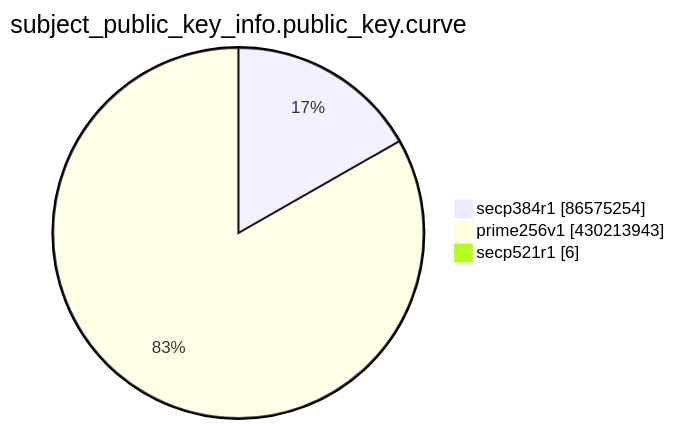
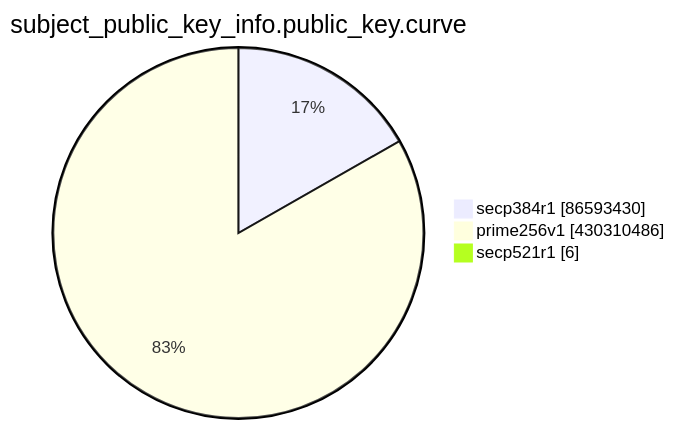
Before and after one commit to christiankrug/ctmonitor_visualization: the eighth of 15 diagrams in TOTAL/README.md, drawn with Mermaid. The commit also changed other lines of this file, not shown here.

````diff
--- a/TOTAL/README.md
+++ b/TOTAL/README.md
@@ -3100,7 +3100,7 @@
 ```mermaid
 pie showData
 title subject_public_key_info.public_key.curve
-"secp384r1" :86575254
-"prime256v1" :430213943
+"secp384r1" :86593430
+"prime256v1" :430310486
 "secp521r1" :6
 ```
````
